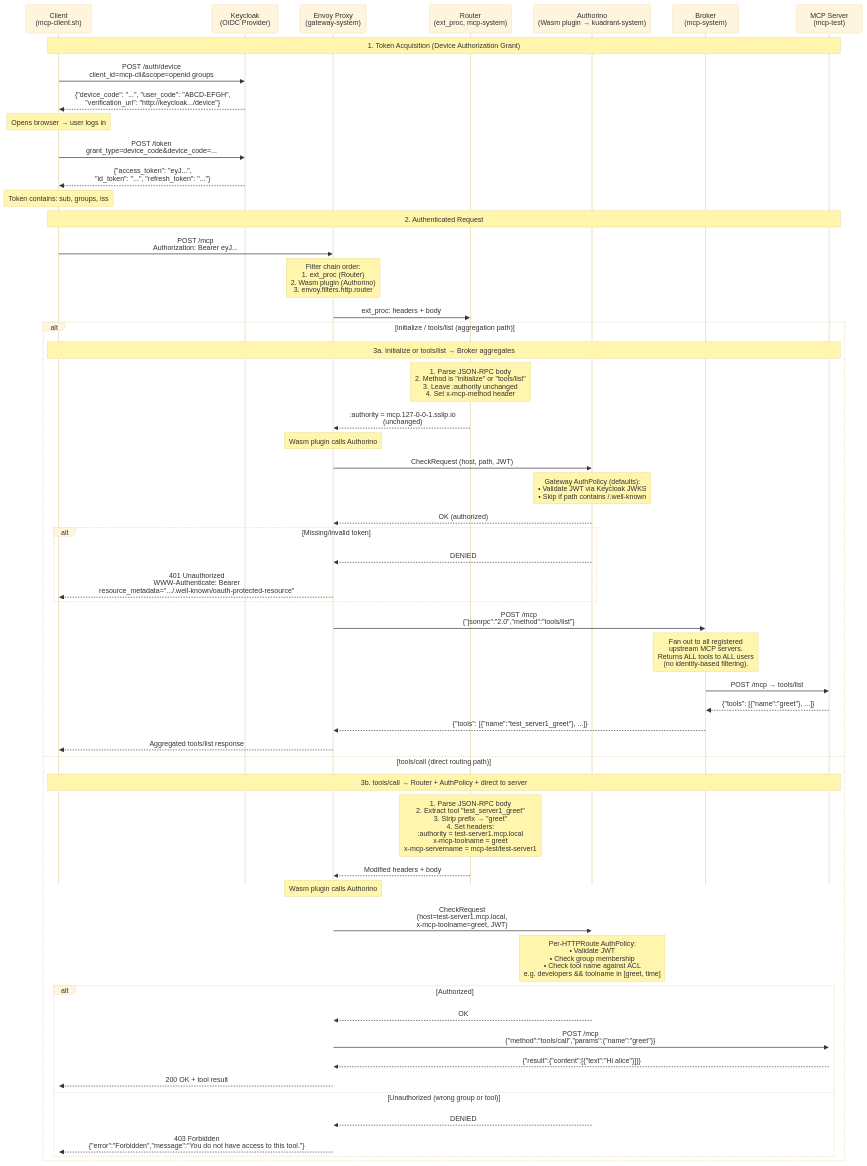
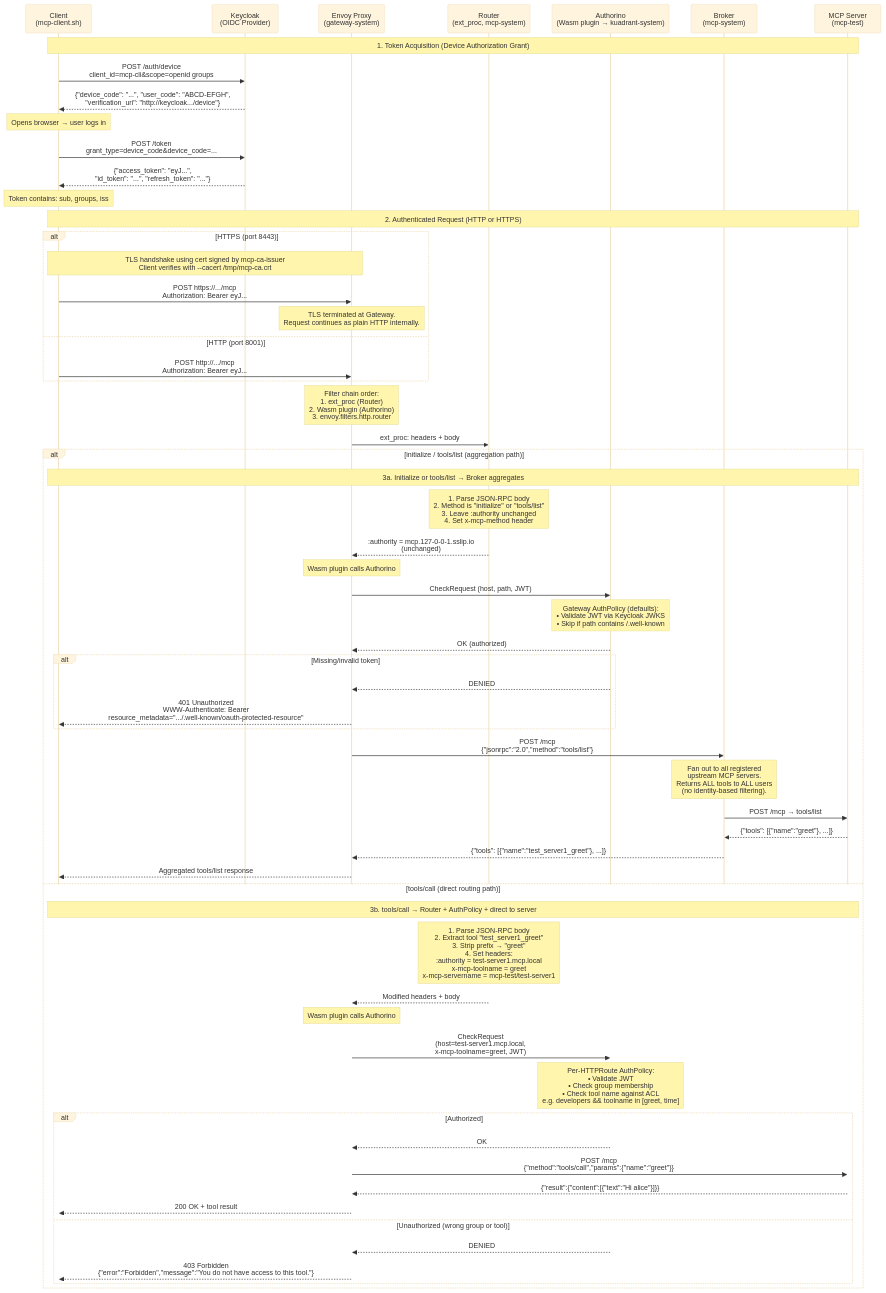
The diagram in docs/diagrams/request-flow.mermaid (jaideepr97/mcp-ecosystem-experimentation), drawn with Mermaid before and after one commit. The commit also changed 15 other files, not shown here.

First line of the commit message:
Phase 14: TLS termination at gateway via cert-manager + Kuadrant TLSPolicy

```diff
--- a/docs/diagrams/request-flow.mermaid
+++ b/docs/diagrams/request-flow.mermaid
@@ -1,75 +1,82 @@
 %%{ init: { 'theme': 'base', 'sequence': { 'mirrorActors': false } } }%%
 
 sequenceDiagram
     participant C as Client<br/>(mcp-client.sh)
     participant KC as Keycloak<br/>(OIDC Provider)
     participant E as Envoy Proxy<br/>(gateway-system)
     participant R as Router<br/>(ext_proc, mcp-system)
     participant A as Authorino<br/>(Wasm plugin → kuadrant-system)
     participant B as Broker<br/>(mcp-system)
     participant S as MCP Server<br/>(mcp-test)
 
     Note over C,S: 1. Token Acquisition (Device Authorization Grant)
     C->>KC: POST /auth/device<br/>client_id=mcp-cli&scope=openid groups
     KC-->>C: {"device_code": "...", "user_code": "ABCD-EFGH",<br/>"verification_uri": "http://keycloak.../device"}
     Note over C: Opens browser → user logs in
     C->>KC: POST /token<br/>grant_type=device_code&device_code=...
     KC-->>C: {"access_token": "eyJ...",<br/>"id_token": "...", "refresh_token": "..."}
     Note over C: Token contains: sub, groups, iss
 
-    Note over C,S: 2. Authenticated Request
-    C->>E: POST /mcp<br/>Authorization: Bearer eyJ...
+    Note over C,S: 2. Authenticated Request (HTTP or HTTPS)
+
+    alt HTTPS (port 8443)
+        Note over C,E: TLS handshake using cert signed by mcp-ca-issuer<br/>Client verifies with --cacert /tmp/mcp-ca.crt
+        C->>E: POST https://.../mcp<br/>Authorization: Bearer eyJ...
+        Note over E: TLS terminated at Gateway.<br/>Request continues as plain HTTP internally.
+    else HTTP (port 8001)
+        C->>E: POST http://.../mcp<br/>Authorization: Bearer eyJ...
+    end
 
     Note over E: Filter chain order:<br/>1. ext_proc (Router)<br/>2. Wasm plugin (Authorino)<br/>3. envoy.filters.http.router
 
     E->>R: ext_proc: headers + body
 
     alt initialize / tools/list (aggregation path)
         Note over C,S: 3a. Initialize or tools/list → Broker aggregates
 
         Note over R: 1. Parse JSON-RPC body<br/>2. Method is "initialize" or "tools/list"<br/>3. Leave :authority unchanged<br/>4. Set x-mcp-method header
 
         R-->>E: :authority = mcp.127-0-0-1.sslip.io<br/>(unchanged)
 
         Note over E: Wasm plugin calls Authorino
         E->>A: CheckRequest (host, path, JWT)
         Note over A: Gateway AuthPolicy (defaults):<br/>• Validate JWT via Keycloak JWKS<br/>• Skip if path contains /.well-known
         A-->>E: OK (authorized)
 
         alt Missing/invalid token
             A-->>E: DENIED
             E-->>C: 401 Unauthorized<br/>WWW-Authenticate: Bearer<br/>resource_metadata=".../.well-known/oauth-protected-resource"
         end
 
         E->>B: POST /mcp<br/>{"jsonrpc":"2.0","method":"tools/list"}
 
         Note over B: Fan out to all registered<br/>upstream MCP servers.<br/>Returns ALL tools to ALL users<br/>(no identity-based filtering).
 
         B->>S: POST /mcp → tools/list
         S-->>B: {"tools": [{"name":"greet"}, ...]}
 
         B-->>E: {"tools": [{"name":"test_server1_greet"}, ...]}
         E-->>C: Aggregated tools/list response
 
     else tools/call (direct routing path)
         Note over C,S: 3b. tools/call → Router + AuthPolicy + direct to server
 
         Note over R: 1. Parse JSON-RPC body<br/>2. Extract tool "test_server1_greet"<br/>3. Strip prefix → "greet"<br/>4. Set headers:<br/>   :authority = test-server1.mcp.local<br/>   x-mcp-toolname = greet<br/>   x-mcp-servername = mcp-test/test-server1
 
         R-->>E: Modified headers + body
 
         Note over E: Wasm plugin calls Authorino
         E->>A: CheckRequest<br/>(host=test-server1.mcp.local,<br/>x-mcp-toolname=greet, JWT)
 
         Note over A: Per-HTTPRoute AuthPolicy:<br/>• Validate JWT<br/>• Check group membership<br/>• Check tool name against ACL<br/>e.g. developers && toolname in [greet, time]
 
         alt Authorized
             A-->>E: OK
             E->>S: POST /mcp<br/>{"method":"tools/call","params":{"name":"greet"}}
             S-->>E: {"result":{"content":[{"text":"Hi alice"}]}}
             E-->>C: 200 OK + tool result
         else Unauthorized (wrong group or tool)
             A-->>E: DENIED
             E-->>C: 403 Forbidden<br/>{"error":"Forbidden","message":"You do not have access to this tool."}
         end
     end
```
